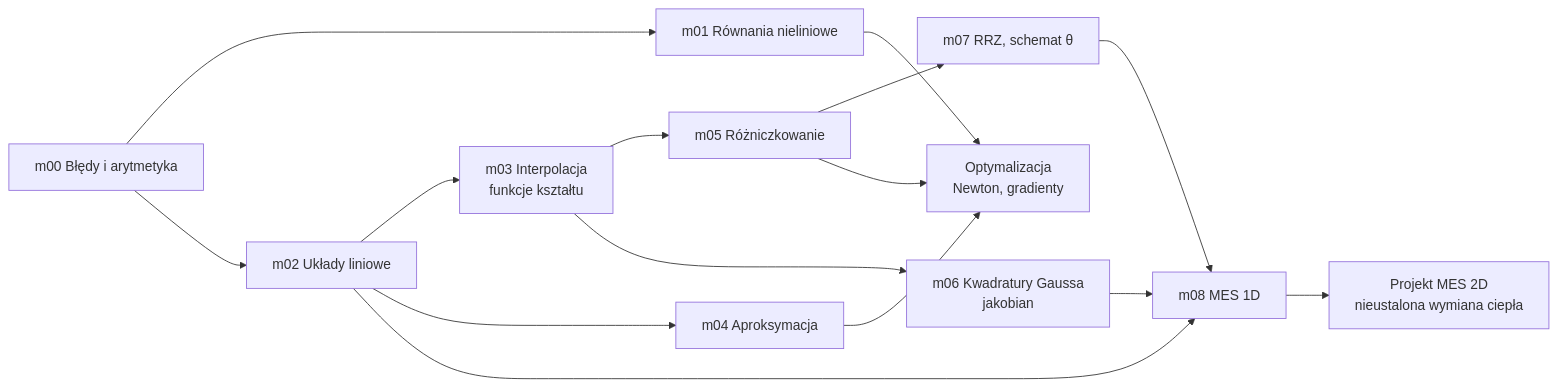
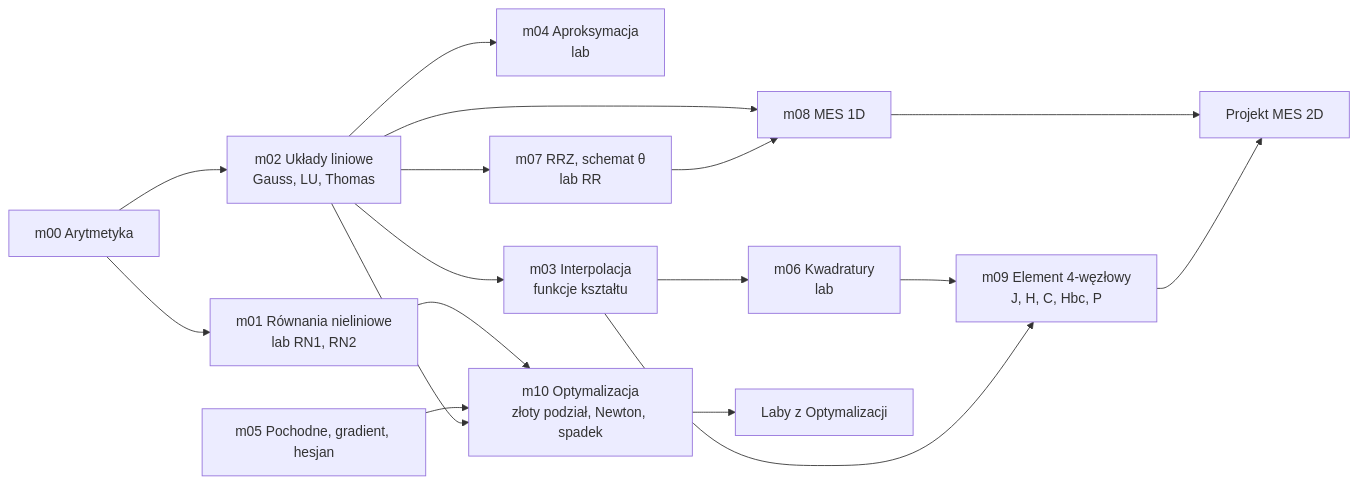
Before and after one commit to UmarlyPoeta/obsidian-vault: the diagram in Pojęcia/Kurs — Metody numeryczne.md, drawn with Mermaid. The commit also changed other lines of this file and 70 other files, not shown here.

First line of the commit message:
Kurs metod numerycznych przebudowany na C++ pod laby, MES i optymalizację

````diff
--- a/Pojęcia/Kurs — Metody numeryczne.md
+++ b/Pojęcia/Kurs — Metody numeryczne.md
@@ -20,17 +20,20 @@
 ```mermaid
 flowchart LR
-    M0["m00 Błędy i arytmetyka"] --> M1["m01 Równania nieliniowe"]
-    M0 --> M2["m02 Układy liniowe"]
+    M0["m00 Arytmetyka"] --> M1["m01 Równania nieliniowe<br/>lab RN1, RN2"]
+    M0 --> M2["m02 Układy liniowe<br/>Gauss, LU, Thomas"]
+    M2 --> M4["m04 Aproksymacja<br/>lab"]
     M2 --> M3["m03 Interpolacja<br/>funkcje kształtu"]
-    M2 --> M4["m04 Aproksymacja"]
-    M3 --> M5["m05 Różniczkowanie"]
-    M3 --> M6["m06 Kwadratury Gaussa<br/>jakobian"]
-    M5 --> M7["m07 RRZ, schemat θ"]
-    M6 --> M8["m08 MES 1D"]
+    M3 --> M6["m06 Kwadratury<br/>lab"]
+    M5["m05 Pochodne, gradient, hesjan"]
+    M2 --> M7["m07 RRZ, schemat θ<br/>lab RR"]
+    M2 --> M8["m08 MES 1D"]
     M7 --> M8
-    M2 --> M8
-    M8 --> P["Projekt MES 2D<br/>nieustalona wymiana ciepła"]
-    M1 --> O["Optymalizacja<br/>Newton, gradienty"]
-    M4 --> O
-    M5 --> O
+    M6 --> M9["m09 Element 4-węzłowy<br/>J, H, C, Hbc, P"]
+    M3 --> M9
+    M8 --> P["Projekt MES 2D"]
+    M9 --> P
+    M1 --> M10["m10 Optymalizacja<br/>złoty podział, Newton, spadek"]
+    M5 --> M10
+    M2 --> M10
+    M10 --> O["Laby z Optymalizacji"]
 ```
````
